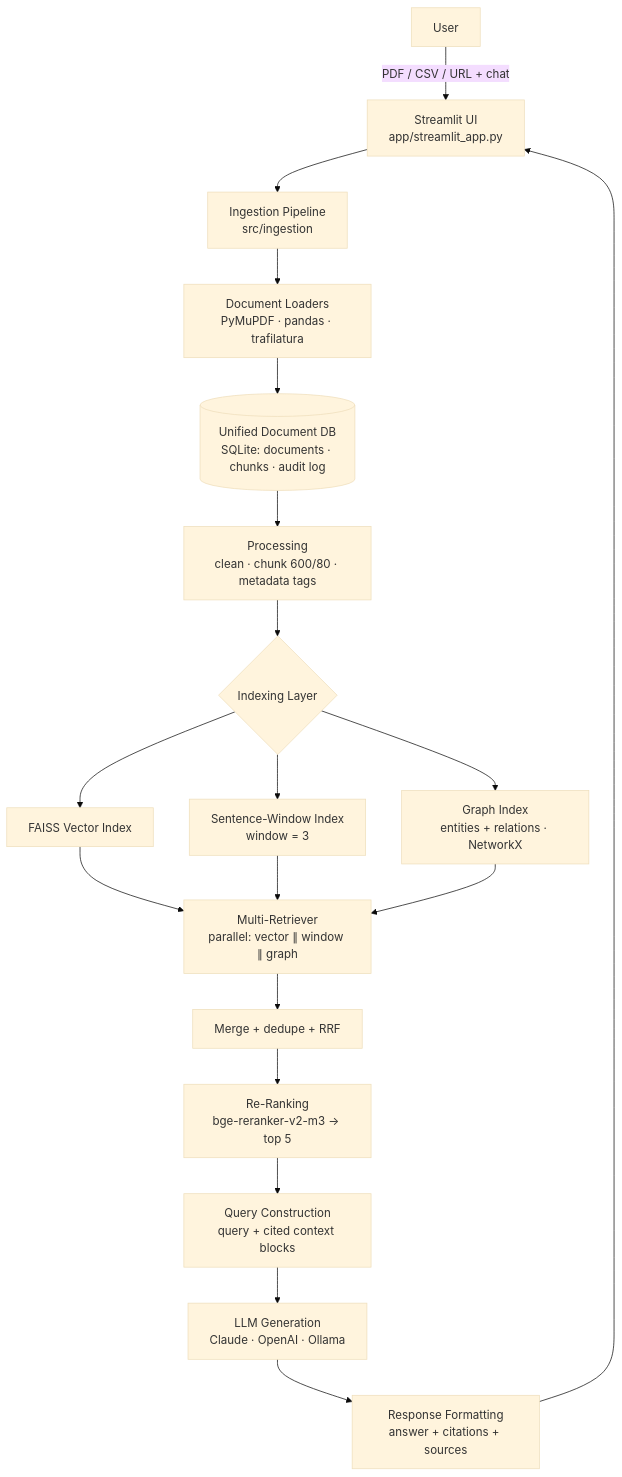
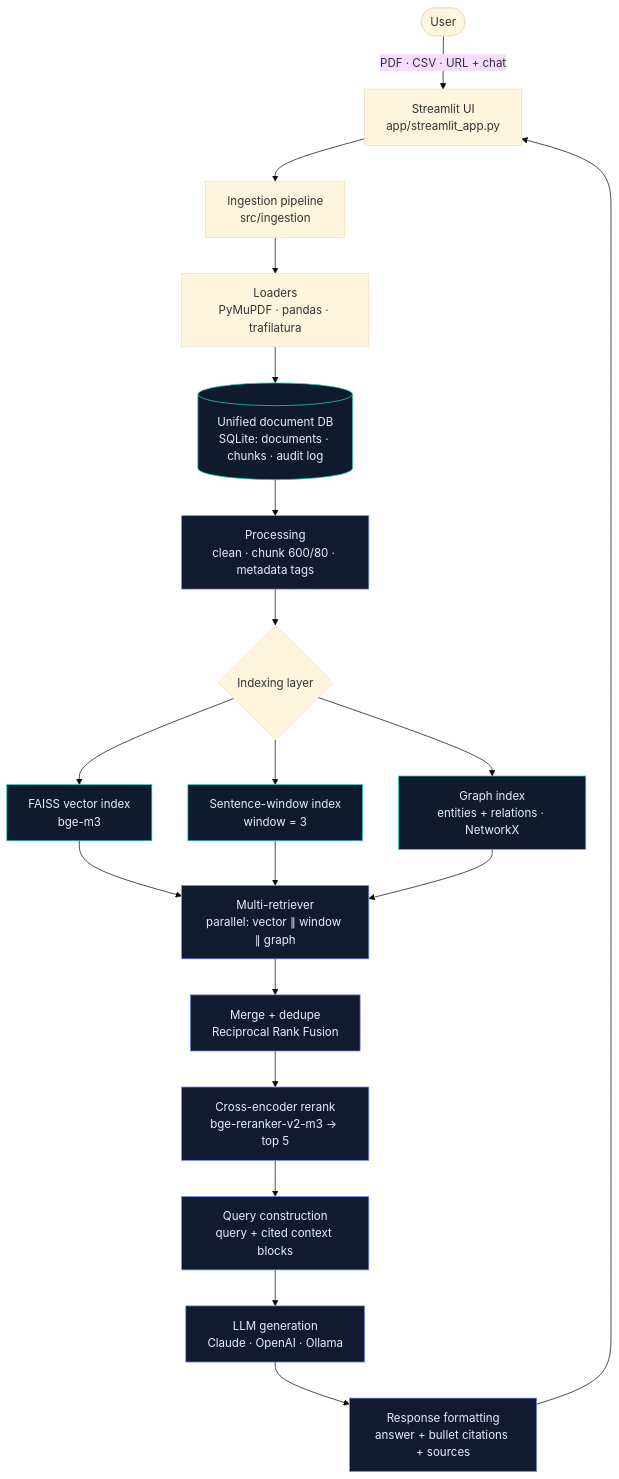
Before and after one commit to BFH-HAMID/Advanced-Multi-Source-RAG: the diagram in README.md, drawn with Mermaid (base theme). The commit also changed other lines of this file and 14 other files, not shown here.

First line of the commit message:
docs: rebuild README with animated banner, pipeline art and eval chart

````diff
--- a/README.md
+++ b/README.md
@@ -17,21 +65,26 @@
 ```mermaid
 flowchart TD
-    U[User] -->|PDF / CSV / URL + chat| UI[Streamlit UI<br/>app/streamlit_app.py]
-    UI --> ING[Ingestion Pipeline<br/>src/ingestion]
-    ING --> L[Document Loaders<br/>PyMuPDF · pandas · trafilatura]
-    L --> DB[(Unified Document DB<br/>SQLite: documents · chunks · audit log)]
+    U([User]) -->|PDF · CSV · URL + chat| UI[Streamlit UI<br/>app/streamlit_app.py]
+    UI --> ING[Ingestion pipeline<br/>src/ingestion]
+    ING --> L[Loaders<br/>PyMuPDF · pandas · trafilatura]
+    L --> DB[(Unified document DB<br/>SQLite: documents · chunks · audit log)]
     DB --> PROC[Processing<br/>clean · chunk 600/80 · metadata tags]
-    PROC --> IDX{Indexing Layer}
-    IDX --> V[FAISS Vector Index]
-    IDX --> W[Sentence-Window Index<br/>window = 3]
-    IDX --> G[Graph Index<br/>entities + relations · NetworkX]
-    V --> MR[Multi-Retriever<br/>parallel: vector ∥ window ∥ graph]
+    PROC --> IDX{Indexing layer}
+    IDX --> V[FAISS vector index<br/>bge-m3]
+    IDX --> W[Sentence-window index<br/>window = 3]
+    IDX --> G[Graph index<br/>entities + relations · NetworkX]
+    V --> MR[Multi-retriever<br/>parallel: vector ∥ window ∥ graph]
     W --> MR
     G --> MR
-    MR --> MERGE[Merge + dedupe + RRF]
-    MERGE --> RR[Re-Ranking<br/>bge-reranker-v2-m3 → top 5]
-    RR --> QB[Query Construction<br/>query + cited context blocks]
-    QB --> LLM[LLM Generation<br/>Claude · OpenAI · Ollama]
-    LLM --> FMT[Response Formatting<br/>answer + citations + sources]
+    MR --> MERGE[Merge + dedupe<br/>Reciprocal Rank Fusion]
+    MERGE --> RR[Cross-encoder rerank<br/>bge-reranker-v2-m3 → top 5]
+    RR --> QB[Query construction<br/>query + cited context blocks]
+    QB --> LLM[LLM generation<br/>Claude · OpenAI · Ollama]
+    LLM --> FMT[Response formatting<br/>answer + bullet citations + sources]
     FMT --> UI
+
+    classDef store fill:#0f1a2d,stroke:#2dd4bf,color:#e8eefb
+    classDef proc fill:#111b2f,stroke:#818cf8,color:#e8eefb
+    class DB,V,W,G store
+    class PROC,MR,MERGE,RR,QB,LLM,FMT proc
 ```
````
